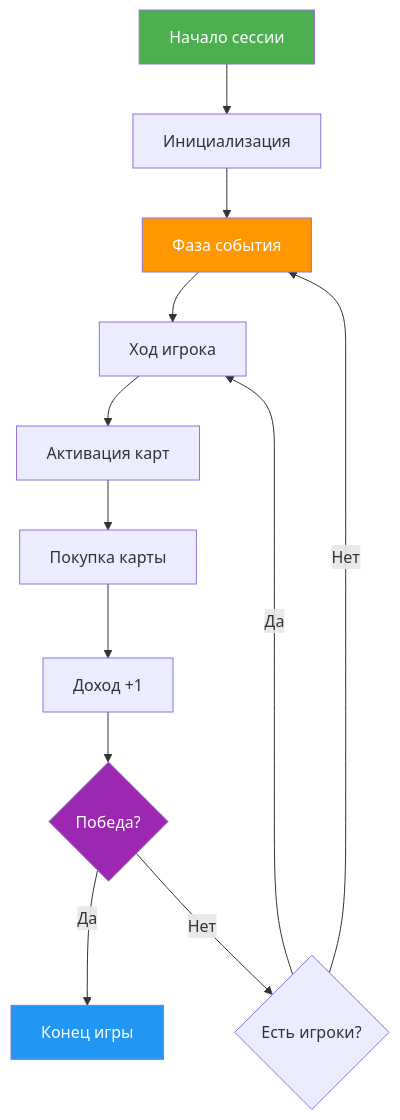
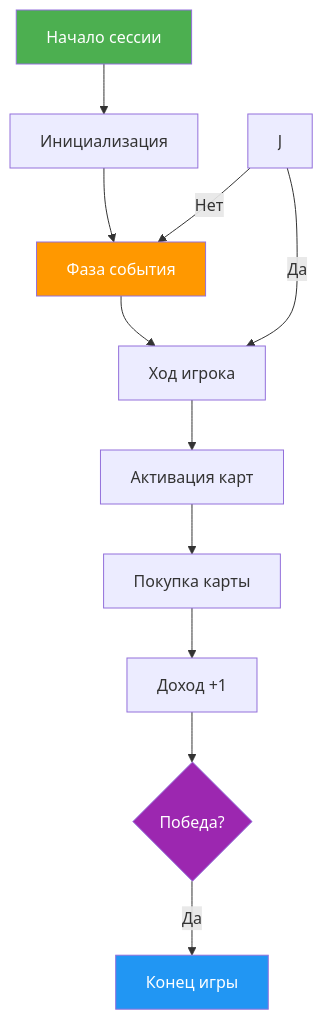
Before and after one commit to RelaxerR/TinyCityCardGame_online: the first of 2 diagrams in readme.md, drawn with Mermaid. The commit also changed other lines of this file, not shown here.

````diff
--- a/readme.md
+++ b/readme.md
@@ -52,21 +52,20 @@
 ```mermaid
 graph TD
     A[Начало сессии] --> B[Инициализация]
     B --> C[Фаза события]
     C --> D[Ход игрока]
     D --> E[Активация карт]
     E --> F[Покупка карты]
     F --> G[Доход +1]
     G --> H{Победа?}
     
     H -- Да --> I[Конец игры]
-    H -- Нет --> J{Есть игроки?}
     
     J -- Да --> D
     J -- Нет --> C
     
     style A fill:#4CAF50,color:white
     style I fill:#2196F3,color:white
     style C fill:#FF9800,color:white
     style H fill:#9C27B0,color:white
 ```
````
